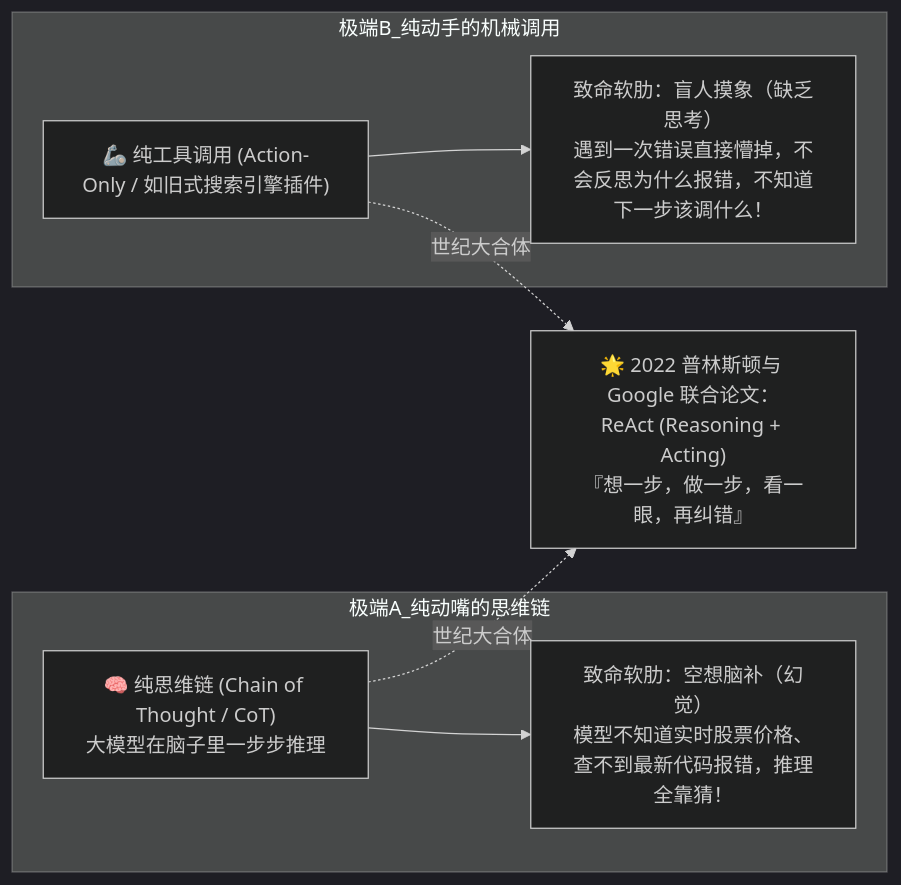
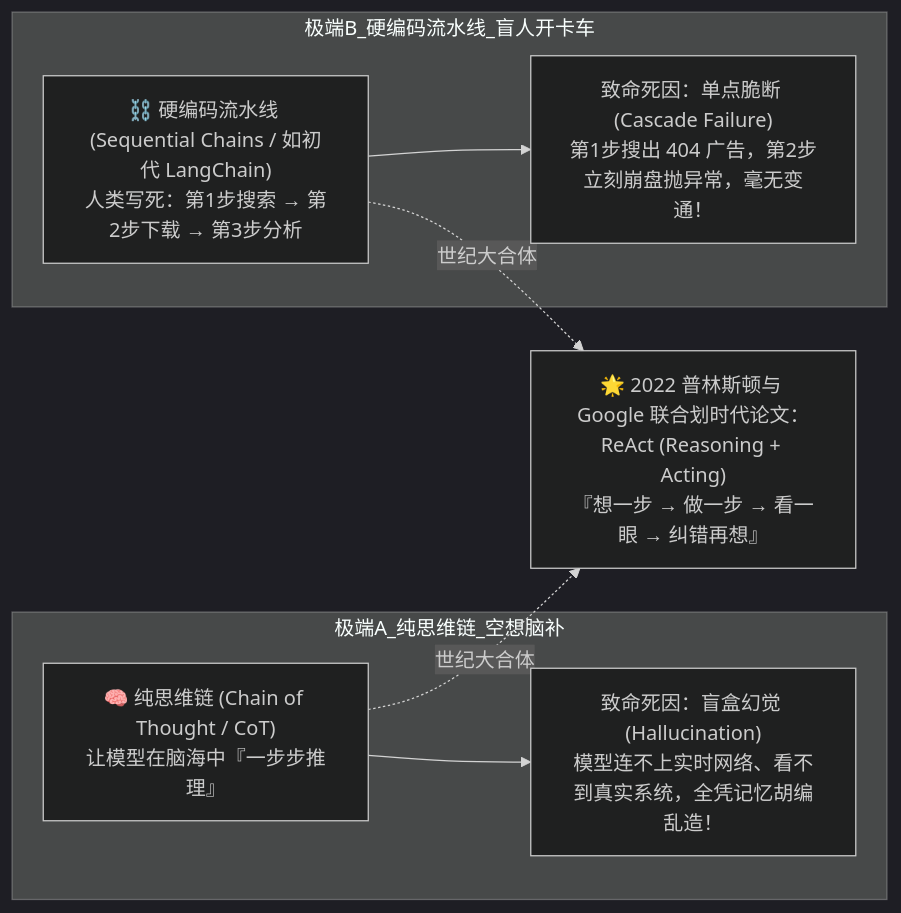
One commit to heycalvin/AiAgentLearn changed the first of 3 diagrams in notes/02-mechanisms/01-agent-loop.md. Above: the diagram before and after it, drawn with Mermaid (dark theme). The commit also changed other lines of this file and 2 other files, not shown here.

Commit message:
docs: 完善四大器官历史惨案细节与 ReAct 状态机循环机制解析

````diff
--- a/notes/02-mechanisms/01-agent-loop.md
+++ b/notes/02-mechanisms/01-agent-loop.md
@@ -15,12 +17,12 @@
 ```mermaid
 flowchart LR
-    subgraph 极端A_纯动嘴的思维链
-        A1["🧠 纯思维链 (Chain of Thought / CoT)<br/>大模型在脑子里一步步推理"] --> A2["致命软肋：空想脑补（幻觉）<br/>模型不知道实时股票价格、查不到最新代码报错，推理全靠猜！"]
+    subgraph 极端A_纯思维链_空想脑补
+        A1["🧠 纯思维链 (Chain of Thought / CoT)<br/>让模型在脑海中『一步步推理』"] --> A2["致命死因：盲盒幻觉 (Hallucination)<br/>模型连不上实时网络、看不到真实系统，全凭记忆胡编乱造！"]
     end
 
-    subgraph 极端B_纯动手的机械调用
-        B1["🦾 纯工具调用 (Action-Only / 如旧式搜索引擎插件)"] --> B2["致命软肋：盲人摸象（缺乏思考）<br/>遇到一次错误直接懵掉，不会反思为什么报错，不知道下一步该调什么！"]
+    subgraph 极端B_硬编码流水线_盲人开卡车
+        B1["⛓️ 硬编码流水线 (Sequential Chains / 如初代 LangChain)<br/>人类写死：第1步搜索 → 第2步下载 → 第3步分析"] --> B2["致命死因：单点脆断 (Cascade Failure)<br/>第1步搜出 404 广告，第2步立刻崩盘抛异常，毫无变通！"]
     end
 
-    A1 & B1 -. 世纪大合体 .-> ReAct["🌟 2022 普林斯顿与 Google 联合论文：<br/>ReAct (Reasoning + Acting)<br/>『想一步，做一步，看一眼，再纠错』"]
+    A1 & B1 -. 世纪大合体 .-> ReAct["🌟 2022 普林斯顿与 Google 联合划时代论文：<br/>ReAct (Reasoning + Acting)<br/>『想一步 → 做一步 → 看一眼 → 纠错再想』"]
 ```
````
